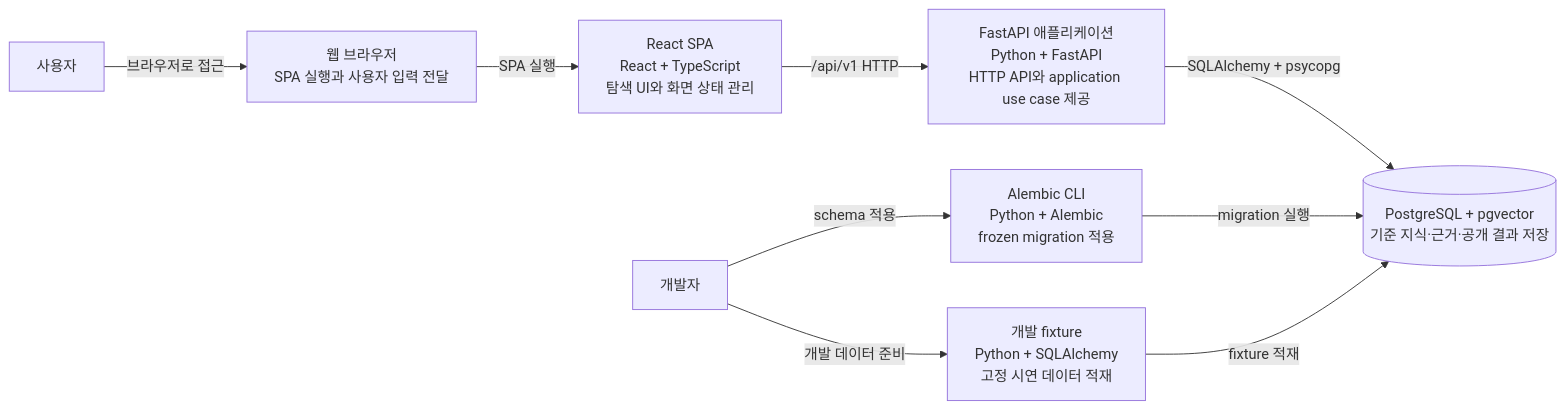
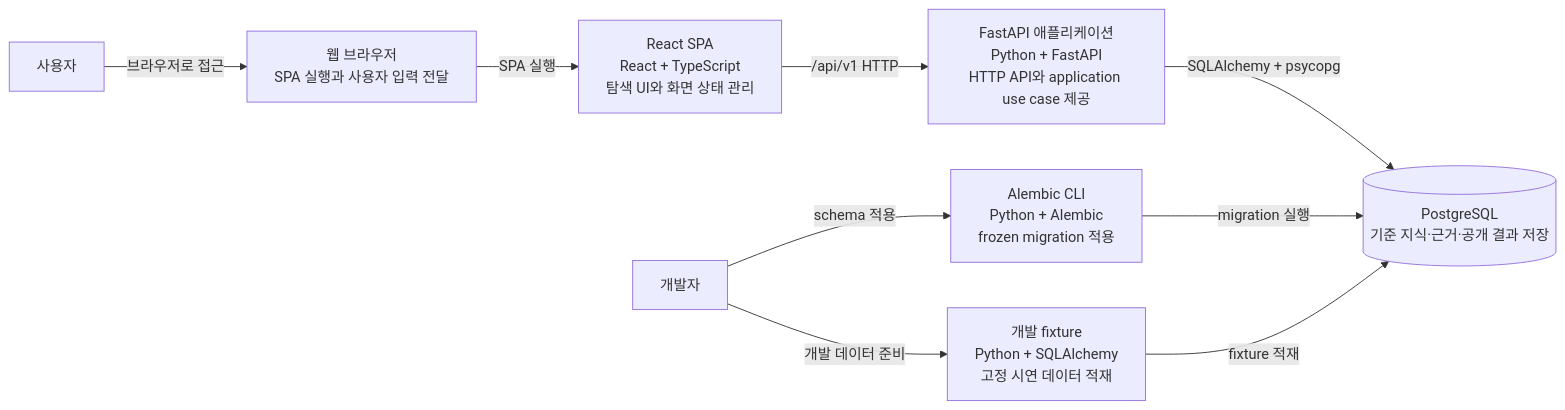
Before and after one commit to studylida/ontology-map: the second of 4 diagrams in docs/architecture/README.md, drawn with Mermaid. The commit also changed other lines of this file, not shown here.

Commit message:
docs: 아키텍처의 pgvector 현재 상태 정정

````diff
--- a/docs/architecture/README.md
+++ b/docs/architecture/README.md
@@ -34,14 +34,14 @@
 ```mermaid
 flowchart LR
     User[사용자]
     Browser[웹 브라우저<br/>SPA 실행과 사용자 입력 전달]
     Web[React SPA<br/>React + TypeScript<br/>탐색 UI와 화면 상태 관리]
     API[FastAPI 애플리케이션<br/>Python + FastAPI<br/>HTTP API와 application use case 제공]
-    DB[(PostgreSQL + pgvector<br/>기준 지식·근거·공개 결과 저장)]
+    DB[(PostgreSQL<br/>기준 지식·근거·공개 결과 저장)]
     Developer[개발자]
     Alembic[Alembic CLI<br/>Python + Alembic<br/>frozen migration 적용]
     Fixture[개발 fixture<br/>Python + SQLAlchemy<br/>고정 시연 데이터 적재]
     User -->|브라우저로 접근| Browser -->|SPA 실행| Web -->|/api/v1 HTTP| API -->|SQLAlchemy + psycopg| DB
     Developer -->|schema 적용| Alembic -->|migration 실행| DB
     Developer -->|개발 데이터 준비| Fixture -->|fixture 적재| DB
 ```
````
